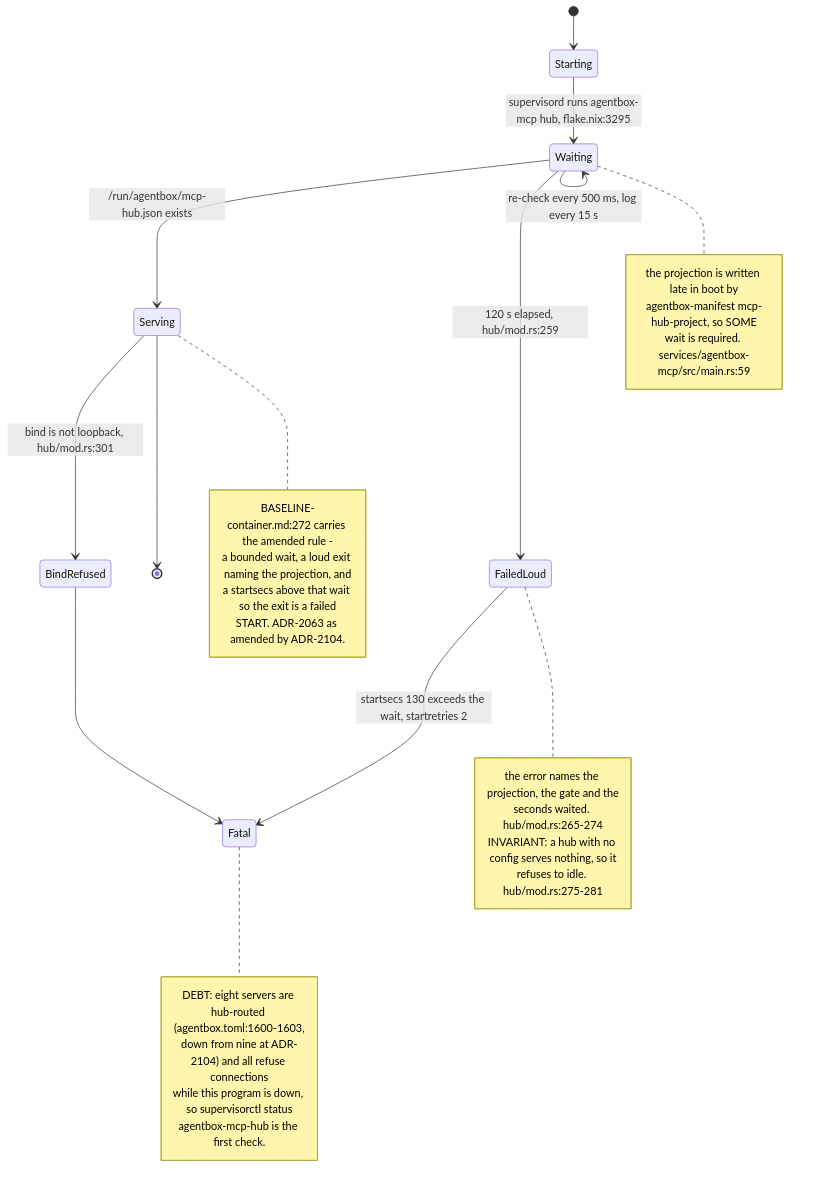
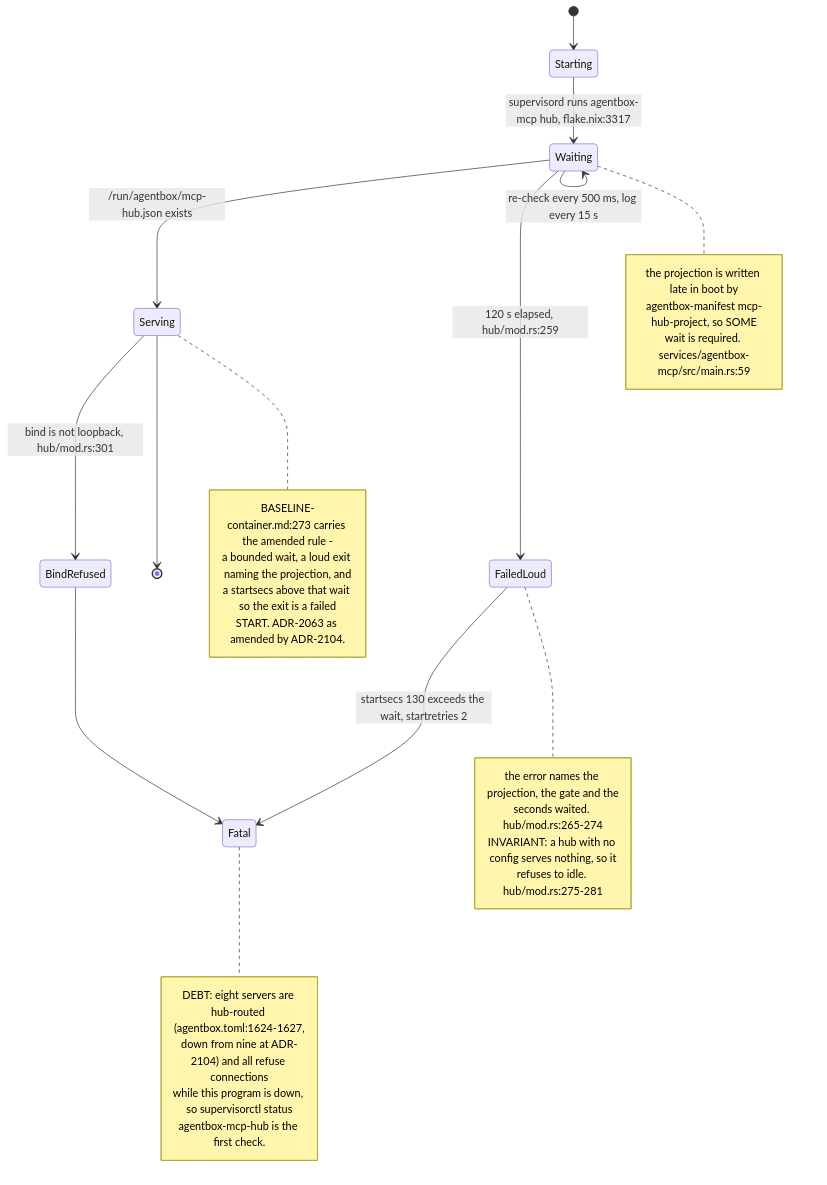
The seventh of 7 diagrams in docs/diagrams/agentbox/09-mcp-servers-catalogue.md (DreamLab-AI/VisionFlow), drawn with Mermaid before and after one commit. The commit also changed other lines of this file and 173 other files, not shown here.

````diff
--- a/docs/diagrams/agentbox/09-mcp-servers-catalogue.md
+++ b/docs/diagrams/agentbox/09-mcp-servers-catalogue.md
@@ -224,35 +225,35 @@
 ```mermaid
 stateDiagram-v2
     [*] --> Starting
-    Starting --> Waiting : supervisord runs agentbox-mcp hub, flake.nix:3295
+    Starting --> Waiting : supervisord runs agentbox-mcp hub, flake.nix:3317
     Waiting --> Serving : /run/agentbox/mcp-hub.json exists
     Waiting --> Waiting : re-check every 500 ms, log every 15 s
     Waiting --> FailedLoud : 120 s elapsed, hub/mod.rs:259
     Serving --> BindRefused : bind is not loopback, hub/mod.rs:301
     FailedLoud --> Fatal : startsecs 130 exceeds the wait, startretries 2
     BindRefused --> Fatal
     Serving --> [*]
     note right of Waiting
         the projection is written late in boot by
         agentbox-manifest mcp-hub-project, so SOME
         wait is required. services/agentbox-mcp/src/main.rs:59
     end note
     note right of FailedLoud
         the error names the projection, the gate and the
         seconds waited. hub/mod.rs:265-274
         INVARIANT: a hub with no config serves nothing, so it
         refuses to idle. hub/mod.rs:275-281
     end note
     note right of Serving
-        BASELINE-container.md:272 carries the amended rule -
+        BASELINE-container.md:273 carries the amended rule -
         a bounded wait, a loud exit naming the projection, and
         a startsecs above that wait so the exit is a failed
         START. ADR-2063 as amended by ADR-2104.
     end note
     note right of Fatal
-        DEBT: eight servers are hub-routed (agentbox.toml:1600-1603,
+        DEBT: eight servers are hub-routed (agentbox.toml:1624-1627,
         down from nine at ADR-2104) and all refuse connections
         while this program is down, so supervisorctl status
         agentbox-mcp-hub is the first check.
     end note
 ```
````
